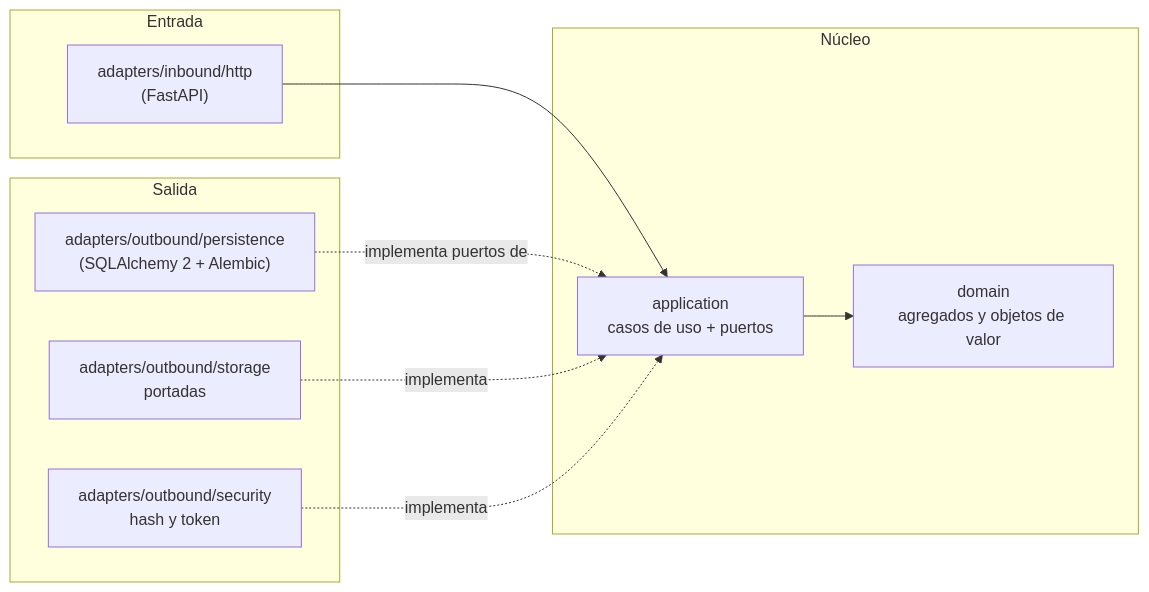
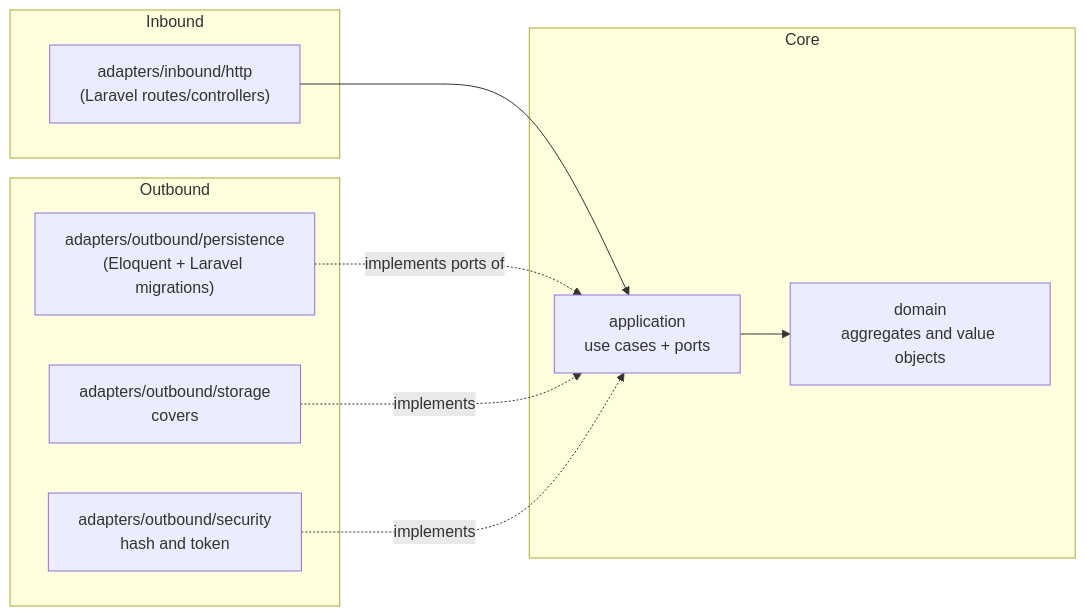
One commit to EmersonMolano/test-manager-library-3145555-docs changed the first of 2 diagrams in spec-larabel/architecture.md. Above: the diagram before and after it, drawn with Mermaid. The commit also changed other lines of this file and 12 other files, not shown here.

````diff
--- a/spec-larabel/architecture.md
+++ b/spec-larabel/architecture.md
@@ -7,19 +7,19 @@
 ```mermaid
 flowchart LR
-    subgraph Entrada
-      HTTP["adapters/inbound/http<br/>(FastAPI)"]
+    subgraph Inbound
+      HTTP["adapters/inbound/http<br/>(Laravel routes/controllers)"]
     end
-    subgraph Núcleo
-      APP["application<br/>casos de uso + puertos"]
-      DOM["domain<br/>agregados y objetos de valor"]
+    subgraph Core
+      APP["application<br/>use cases + ports"]
+      DOM["domain<br/>aggregates and value objects"]
     end
-    subgraph Salida
-      DB["adapters/outbound/persistence<br/>(SQLAlchemy 2 + Alembic)"]
-      STO["adapters/outbound/storage<br/>portadas"]
-      SEC["adapters/outbound/security<br/>hash y token"]
+    subgraph Outbound
+      DB["adapters/outbound/persistence<br/>(Eloquent + Laravel migrations)"]
+      STO["adapters/outbound/storage<br/>covers"]
+      SEC["adapters/outbound/security<br/>hash and token"]
     end
     HTTP --> APP --> DOM
-    DB -. implementa puertos de .-> APP
-    STO -. implementa .-> APP
-    SEC -. implementa .-> APP
+    DB -. implements ports of .-> APP
+    STO -. implements .-> APP
+    SEC -. implements .-> APP
 ```
````
